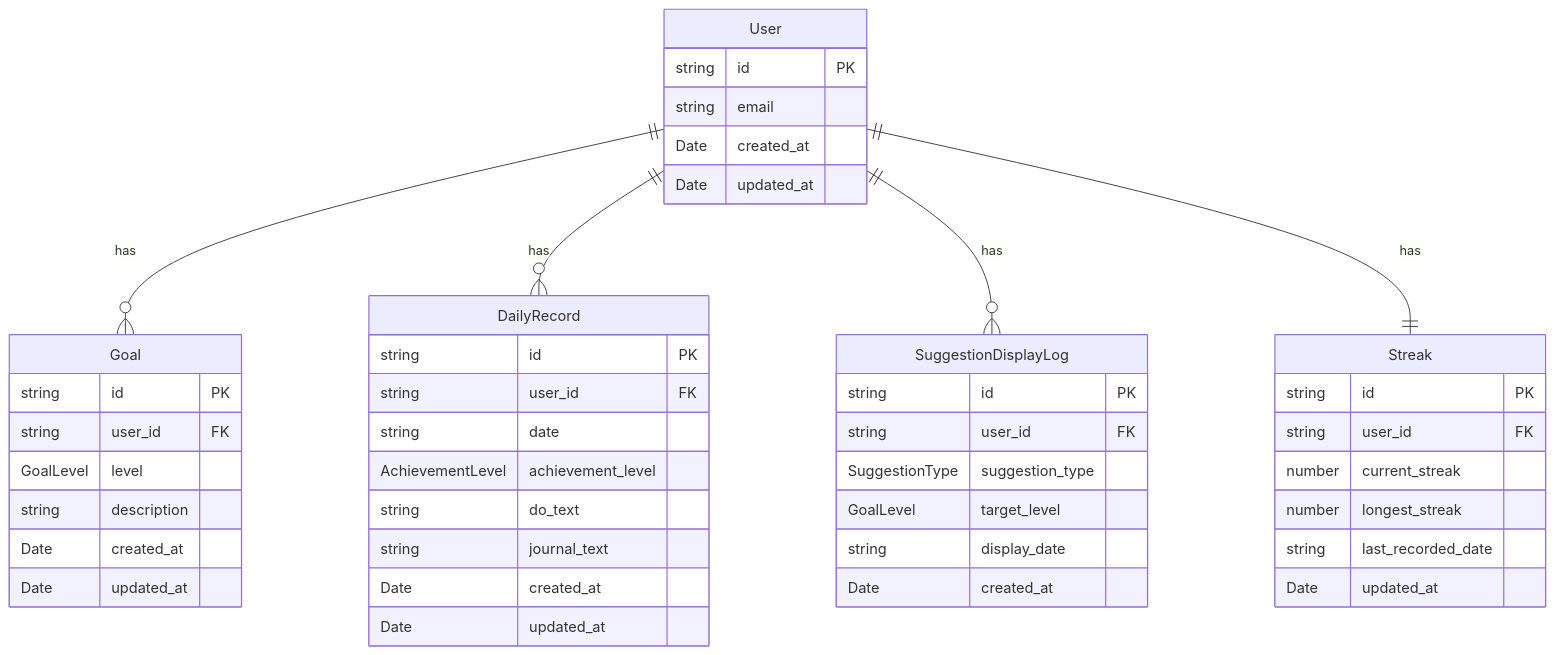
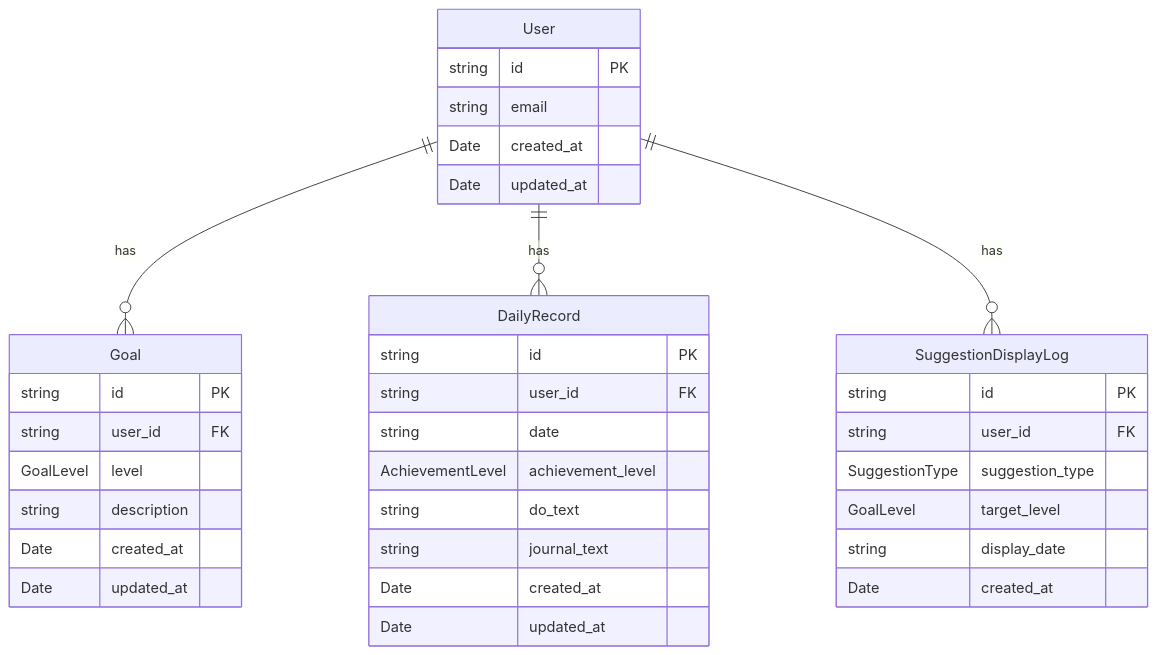
One commit to Fujita0113/study-manage changed the diagram in docs/data-model.md. Above: the diagram before and after it, drawn with Mermaid. The commit also changed other lines of this file and 22 other files, not shown here.

````diff
--- a/docs/data-model.md
+++ b/docs/data-model.md
@@ -216,52 +180,42 @@
 ```mermaid
 erDiagram
     User ||--o{ Goal : "has"
     User ||--o{ DailyRecord : "has"
     User ||--o{ SuggestionDisplayLog : "has"
-    User ||--|| Streak : "has"
 
     User {
         string id PK
         string email
         Date created_at
         Date updated_at
     }
 
     Goal {
         string id PK
         string user_id FK
         GoalLevel level
         string description
         Date created_at
         Date updated_at
     }
 
     DailyRecord {
         string id PK
         string user_id FK
         string date
         AchievementLevel achievement_level
         string do_text
         string journal_text
         Date created_at
         Date updated_at
     }
 
     SuggestionDisplayLog {
         string id PK
         string user_id FK
         SuggestionType suggestion_type
         GoalLevel target_level
         string display_date
         Date created_at
     }
-
-    Streak {
-        string id PK
-        string user_id FK
-        number current_streak
-        number longest_streak
-        string last_recorded_date
-        Date updated_at
-    }
 ```
````
